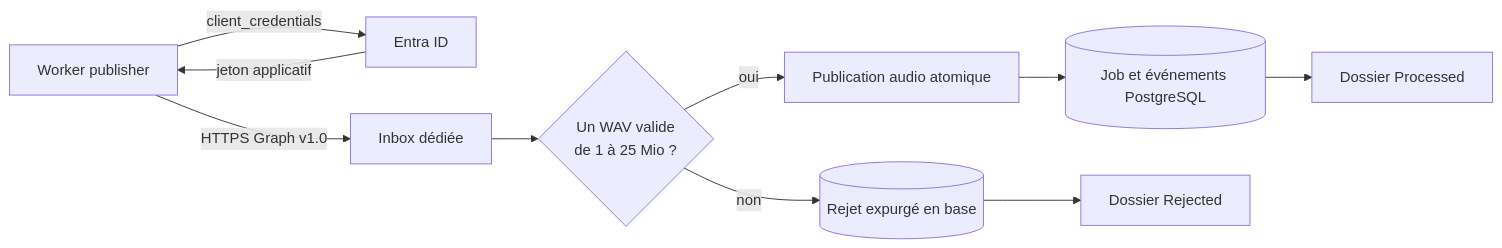
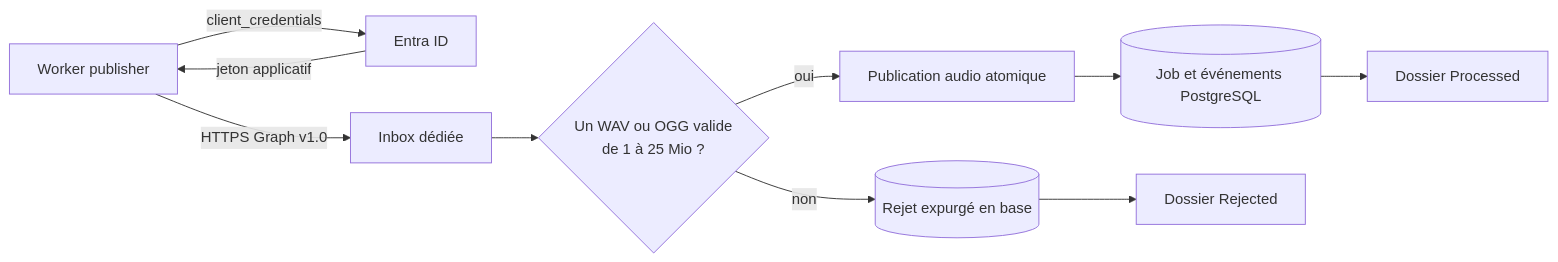
One commit to dev-vauclaire/mevo2glpi changed the diagram in apps/worker-publisher/README.md. Above: the diagram before and after it, drawn with Mermaid. The commit also changed other lines of this file and 36 other files, not shown here.

````diff
--- a/apps/worker-publisher/README.md
+++ b/apps/worker-publisher/README.md
@@ -14,12 +14,12 @@
 ```mermaid
 flowchart LR
     P[Worker publisher] -->|client_credentials| E[Entra ID]
     E -->|jeton applicatif| P
     P -->|HTTPS Graph v1.0| I[Inbox dédiée]
-    I --> V{Un WAV valide<br/>de 1 à 25 Mio ?}
+    I --> V{Un WAV ou OGG valide<br/>de 1 à 25 Mio ?}
     V -->|oui| A[Publication audio atomique]
     A --> D[(Job et événements PostgreSQL)]
     D --> OK[Dossier Processed]
     V -->|non| R[(Rejet expurgé en base)]
     R --> KO[Dossier Rejected]
 ```
````
